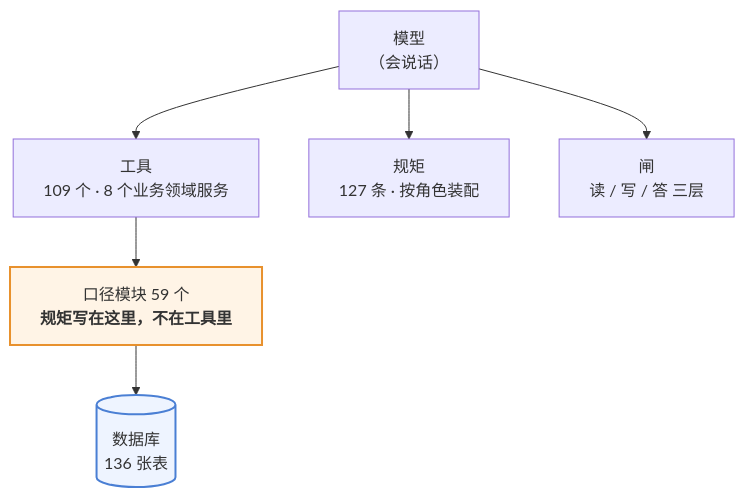
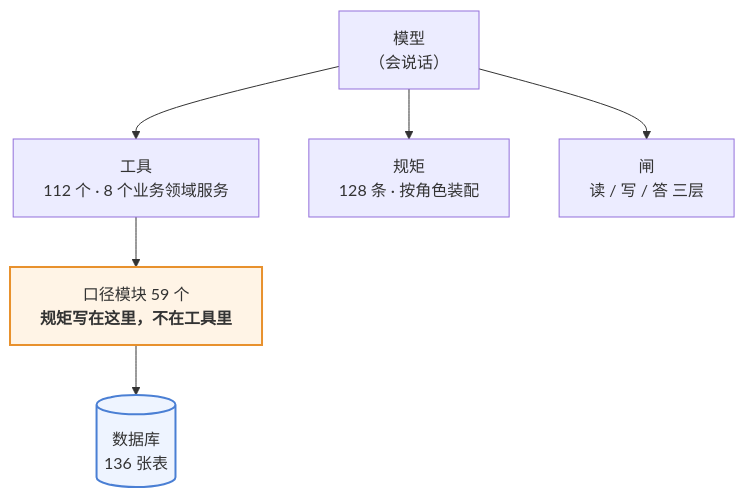
The first of 3 diagrams in 澜绣云裳agent-产品说明.md (843773296-rgb/lanxiu-yunshang-agent), drawn with Mermaid before and after one commit. The commit also changed other lines of this file and 23 other files, not shown here.

````diff
--- a/澜绣云裳agent-产品说明.md
+++ b/澜绣云裳agent-产品说明.md
@@ -62,12 +62,12 @@
 ```mermaid
 flowchart TD
     M["模型<br/>（会说话）"]
-    M --> T["工具<br/>109 个 · 8 个业务领域服务"]
-    M --> R["规矩<br/>127 条 · 按角色装配"]
+    M --> T["工具<br/>112 个 · 8 个业务领域服务"]
+    M --> R["规矩<br/>128 条 · 按角色装配"]
     M --> G["闸<br/>读 / 写 / 答 三层"]
     T --> K["口径模块 59 个<br/><b>规矩写在这里，不在工具里</b>"]
     K --> DB[("数据库<br/>136 张表")]
 
     style K fill:#fff4e6,stroke:#e8912d,stroke-width:2px
     style DB fill:#eef4ff,stroke:#4a7fd4,stroke-width:2px
 ```
````
